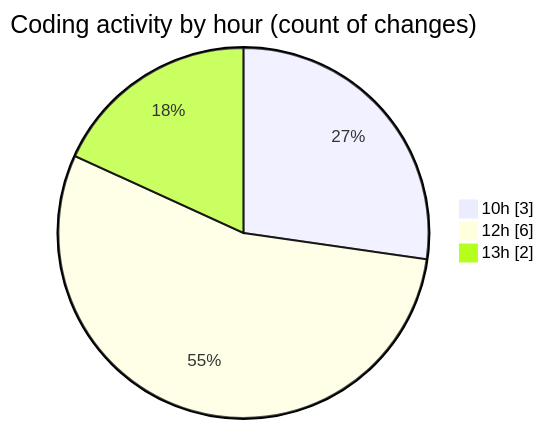
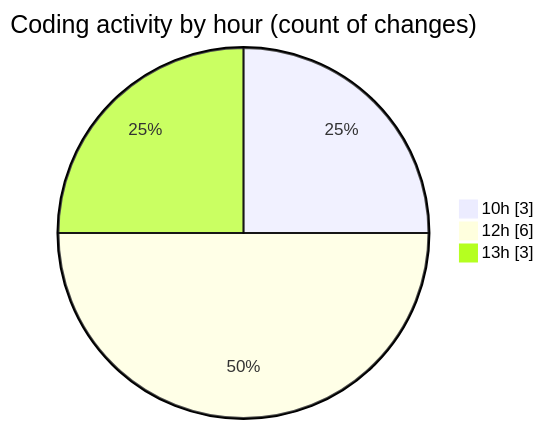
The second of 2 diagrams in 2025-10-30/nxtqube_webapp/README.md (nxtqubesakshisongat/code-tracking), drawn with Mermaid before and after one commit. The commit also changed other lines of this file and 1 other file, not shown here.

````diff
--- a/2025-10-30/nxtqube_webapp/README.md
+++ b/2025-10-30/nxtqube_webapp/README.md
@@ -32,7 +34,7 @@
 ```mermaid
 pie showData
 title Coding activity by hour (count of changes)
 "10h" : 3
 "12h" : 6
-"13h" : 2
+"13h" : 3
 ```
````
